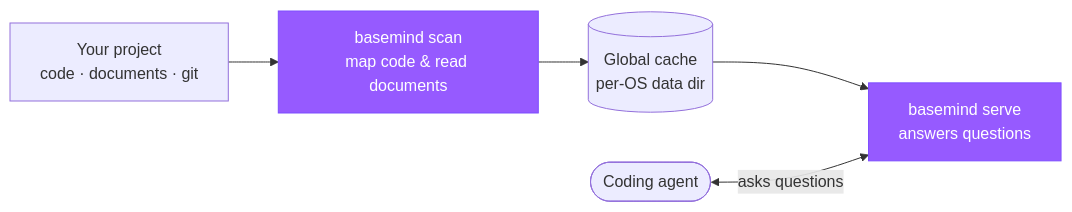
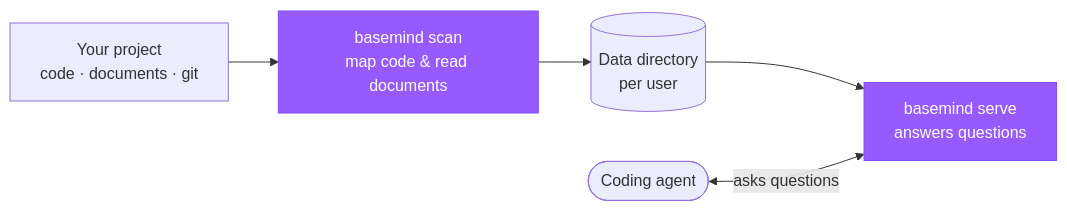
Before and after one commit to Goldziher/basemind: the first of 2 diagrams in README.md, drawn with Mermaid. The commit also changed other lines of this file, not shown here.

````diff
--- a/README.md
+++ b/README.md
@@ -479,12 +215,12 @@
 ```mermaid
 flowchart LR
   A(["Coding agent"])
   R["Your project<br/>code · documents · git"]
   S["basemind scan<br/>map code & read documents"]
-  D[("Global cache<br/>per-OS data dir")]
+  D[("Data directory<br/>per user")]
   V["basemind serve<br/>answers questions"]
   R --> S --> D --> V
   A <-->|asks questions| V
   classDef accent fill:#965aff,stroke:#7d4dff,color:#fff
   class S,V accent
 ```
````
